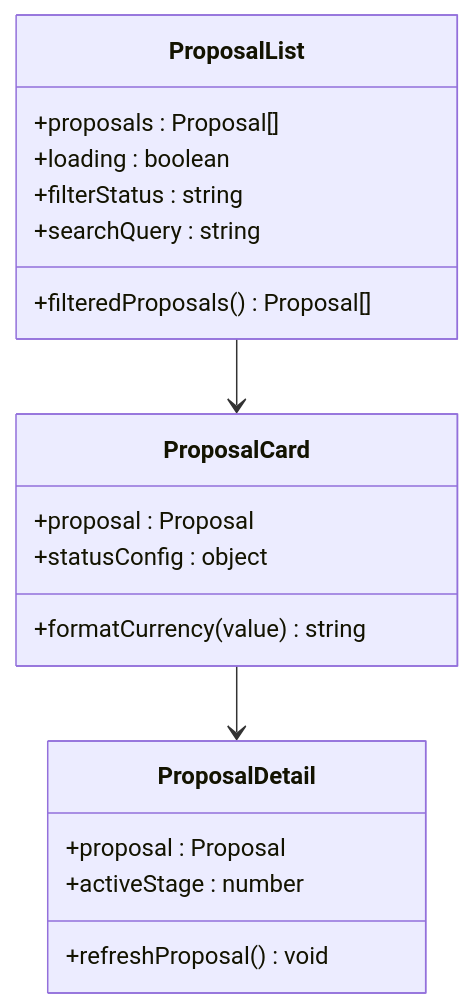
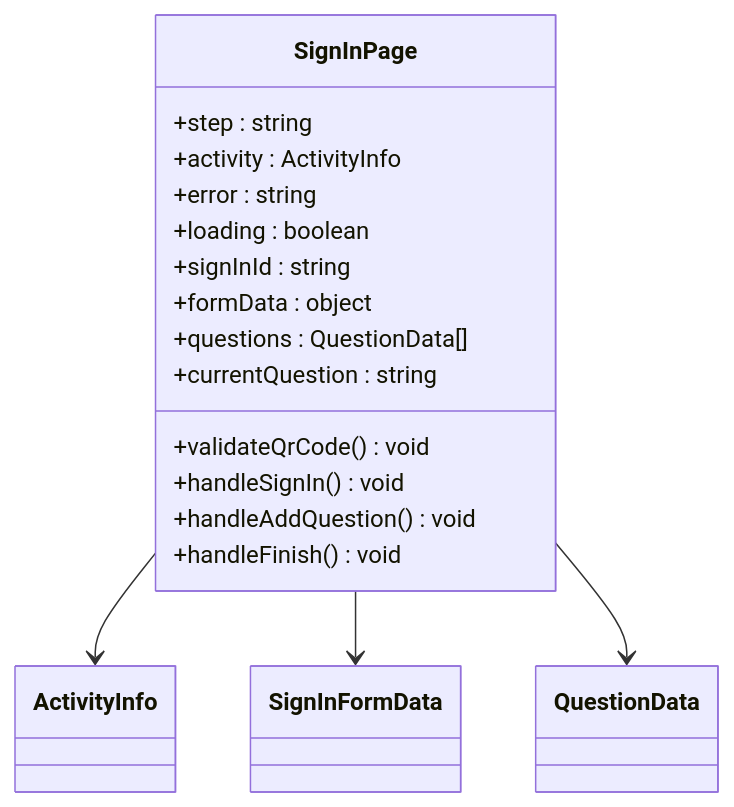
One commit to xianjianshenqu/SalesFlow-CRM changed diagram 20 of 27 in .qoder/repowiki/zh/content/Pre Sales Dashboard.md. Above: the diagram before and after it, drawn with Mermaid. The commit also changed other lines of this file and 11 other files, not shown here.

````diff
--- a/.qoder/repowiki/zh/content/Pre Sales Dashboard.md
+++ b/.qoder/repowiki/zh/content/Pre Sales Dashboard.md
@@ -709,22 +819,20 @@
 ```mermaid
 classDiagram
-class ProposalList {
-+proposals : Proposal[]
+class SignInPage {
++step : string
++activity : ActivityInfo
++error : string
 +loading : boolean
-+filterStatus : string
-+searchQuery : string
-+filteredProposals() Proposal[]
++signInId : string
++formData : object
++questions : QuestionData[]
++currentQuestion : string
++validateQrCode() void
++handleSignIn() void
++handleAddQuestion() void
++handleFinish() void
 }
-class ProposalCard {
-+proposal : Proposal
-+statusConfig : object
-+formatCurrency(value) string
-}
-class ProposalDetail {
-+proposal : Proposal
-+activeStage : number
-+refreshProposal() void
-}
-ProposalList --> ProposalCard
-ProposalCard --> ProposalDetail
+SignInPage --> ActivityInfo
+SignInPage --> SignInFormData
+SignInPage --> QuestionData
 ```
````
